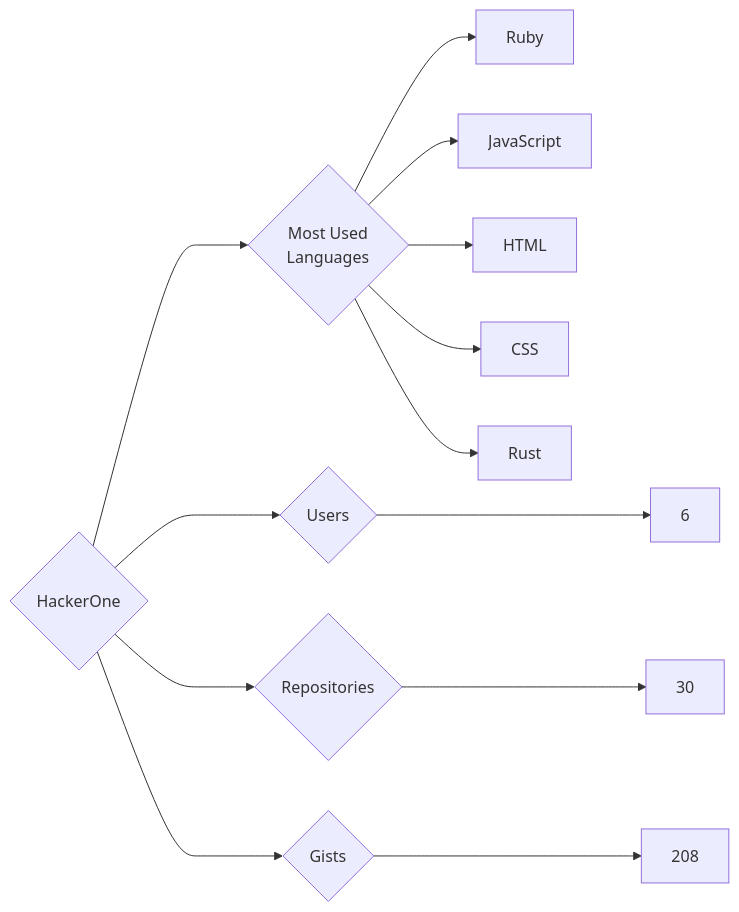
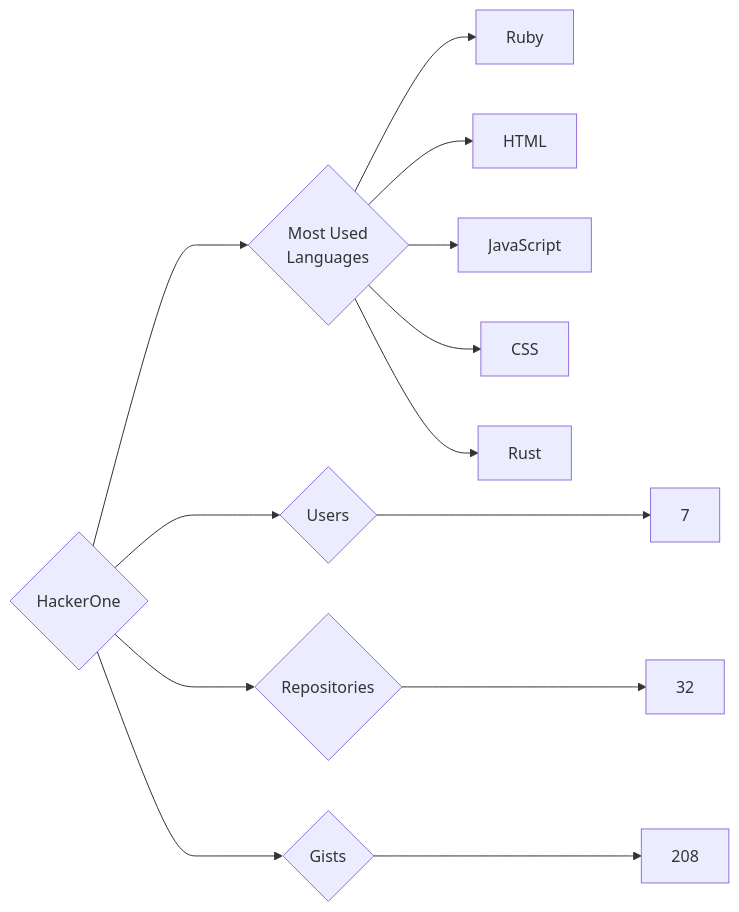
One commit to trickest/insiders changed the diagram in targets/HackerOne/README.md. Above: the diagram before and after it, drawn with Mermaid. The commit also changed 942 other files, not shown here.

````diff
--- a/targets/HackerOne/README.md
+++ b/targets/HackerOne/README.md
@@ -3,13 +3,13 @@
 ```mermaid
 graph LR
 COMPANY_NAME{HackerOne}
-COMPANY_NAME ---> U{Users} ---> UN[6]
-COMPANY_NAME ---> R{Repositories} ---> RN[30]
+COMPANY_NAME ---> U{Users} ---> UN[7]
+COMPANY_NAME ---> R{Repositories} ---> RN[32]
 COMPANY_NAME ---> G{Gists} ---> GN[208]
 COMPANY_NAME ---> ML{Most Used<br>Languages}
 ML --> Ruby[Ruby]
+ML --> HTML[HTML]
 ML --> JavaScript[JavaScript]
-ML --> HTML[HTML]
 ML --> CSS[CSS]
 ML --> Rust[Rust]
 ```
````
